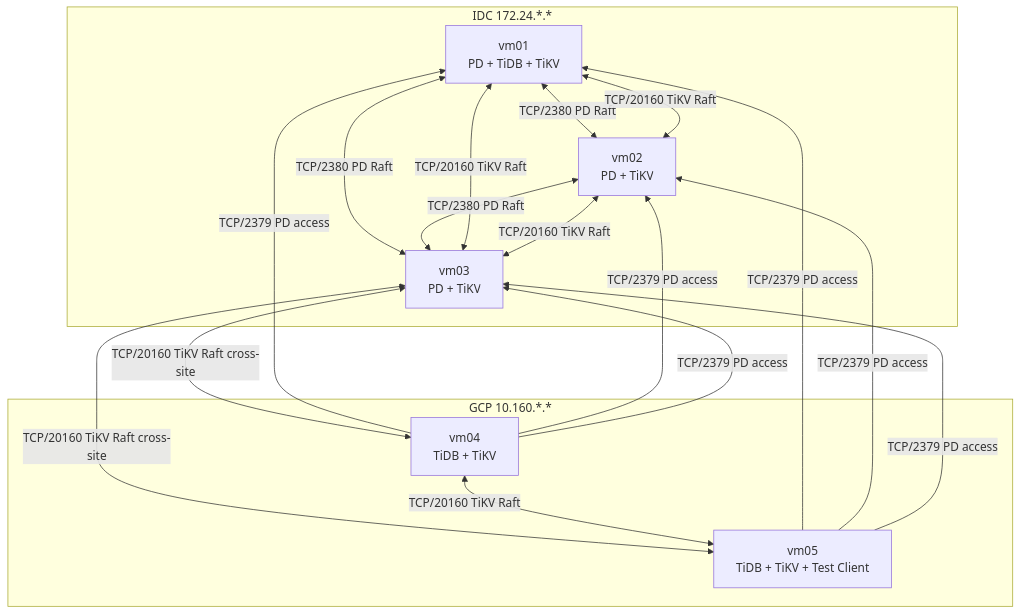
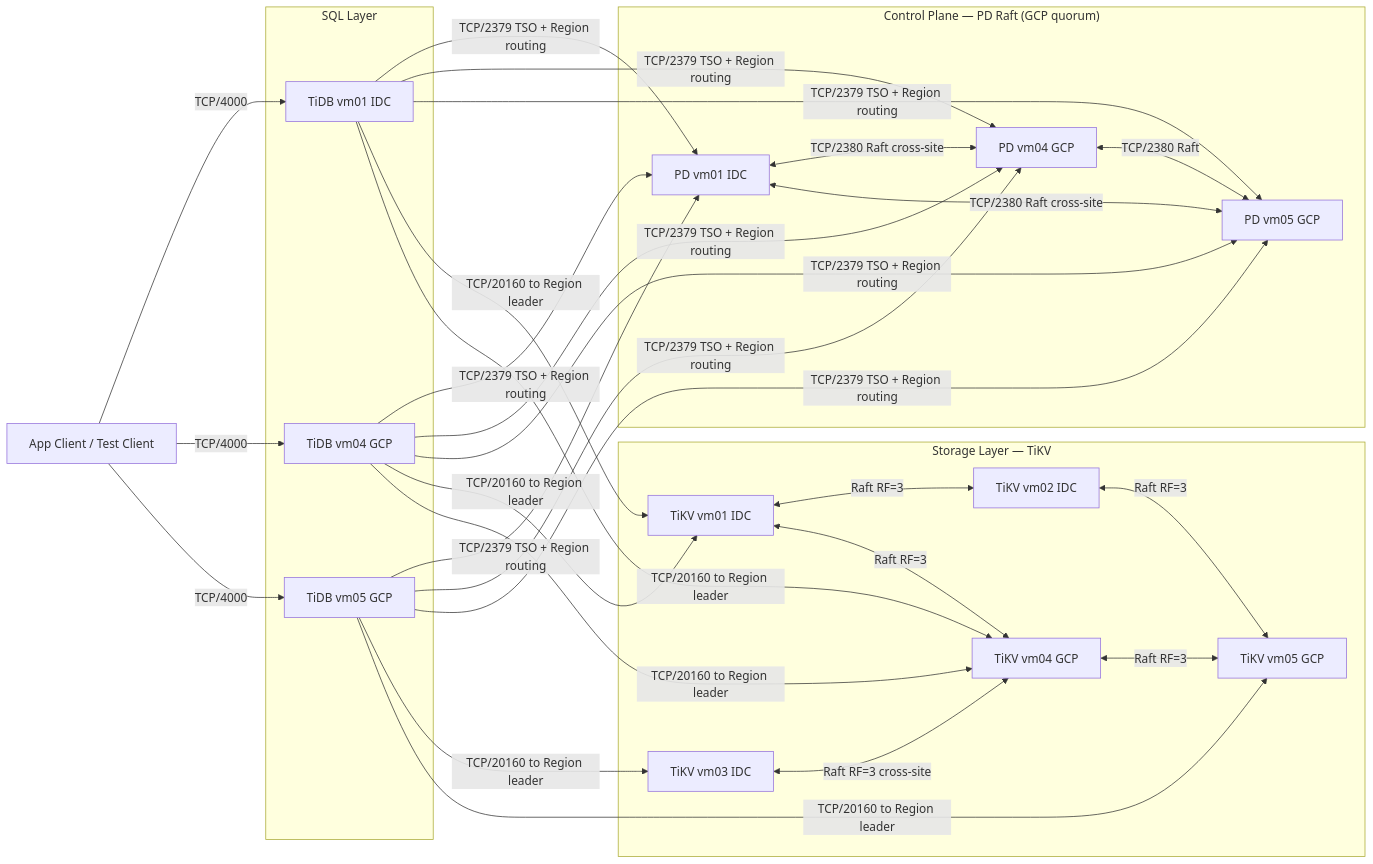
One commit to heavenruler/dba_career changed the fourth of 4 diagrams in poc/0_projectFor104/docs/architecture/tidb.md. Above: the diagram before and after it, drawn with Mermaid. The commit also changed other lines of this file and 3 other files, not shown here.

````diff
--- a/poc/0_projectFor104/docs/architecture/tidb.md
+++ b/poc/0_projectFor104/docs/architecture/tidb.md
@@ -68,31 +210,55 @@
 ```mermaid
-flowchart TB
-    subgraph IDC[IDC 172.24.*.*]
-        VM1[vm01\nPD + TiDB + TiKV]
-        VM2[vm02\nPD + TiKV]
-        VM3[vm03\nPD + TiKV]
+flowchart LR
+    C1[App Client / Test Client]
+
+    subgraph SQL[SQL Layer]
+        T1[TiDB vm01 IDC]
+        T4[TiDB vm04 GCP]
+        T5[TiDB vm05 GCP]
     end
 
-    subgraph GCP[GCP 10.160.*.*]
-        VM4[vm04\nTiDB + TiKV]
-        VM5[vm05\nTiDB + TiKV + Test Client]
+    subgraph PD["Control Plane — PD Raft (GCP quorum)"]
+        P1[PD vm01 IDC]
+        P4[PD vm04 GCP]
+        P5[PD vm05 GCP]
     end
 
-    VM1 <-->|TCP/2380 PD Raft| VM2
-    VM1 <-->|TCP/2380 PD Raft| VM3
-    VM2 <-->|TCP/2380 PD Raft| VM3
+    subgraph KV[Storage Layer — TiKV]
+        K1[TiKV vm01 IDC]
+        K2[TiKV vm02 IDC]
+        K3[TiKV vm03 IDC]
+        K4[TiKV vm04 GCP]
+        K5[TiKV vm05 GCP]
+    end
 
-    VM1 <-->|TCP/20160 TiKV Raft| VM2
-    VM1 <-->|TCP/20160 TiKV Raft| VM3
-    VM2 <-->|TCP/20160 TiKV Raft| VM3
-    VM3 <-->|TCP/20160 TiKV Raft cross-site| VM4
-    VM3 <-->|TCP/20160 TiKV Raft cross-site| VM5
-    VM4 <-->|TCP/20160 TiKV Raft| VM5
+    C1 -->|TCP/4000| T1
+    C1 -->|TCP/4000| T4
+    C1 -->|TCP/4000| T5
 
-    VM4 -->|TCP/2379 PD access| VM1
-    VM4 -->|TCP/2379 PD access| VM2
-    VM4 -->|TCP/2379 PD access| VM3
-    VM5 -->|TCP/2379 PD access| VM1
-    VM5 -->|TCP/2379 PD access| VM2
-    VM5 -->|TCP/2379 PD access| VM3
+    T1 -->|TCP/2379 TSO + Region routing| P1
+    T1 -->|TCP/2379 TSO + Region routing| P4
+    T1 -->|TCP/2379 TSO + Region routing| P5
+    T4 -->|TCP/2379 TSO + Region routing| P1
+    T4 -->|TCP/2379 TSO + Region routing| P4
+    T4 -->|TCP/2379 TSO + Region routing| P5
+    T5 -->|TCP/2379 TSO + Region routing| P1
+    T5 -->|TCP/2379 TSO + Region routing| P4
+    T5 -->|TCP/2379 TSO + Region routing| P5
+
+    T1 -->|TCP/20160 to Region leader| K1
+    T1 -->|TCP/20160 to Region leader| K4
+    T4 -->|TCP/20160 to Region leader| K1
+    T4 -->|TCP/20160 to Region leader| K4
+    T5 -->|TCP/20160 to Region leader| K3
+    T5 -->|TCP/20160 to Region leader| K5
+
+    K1 <-->|Raft RF=3| K2
+    K1 <-->|Raft RF=3| K4
+    K2 <-->|Raft RF=3| K5
+    K3 <-->|Raft RF=3 cross-site| K4
+    K4 <-->|Raft RF=3| K5
+
+    P1 <-->|TCP/2380 Raft cross-site| P4
+    P1 <-->|TCP/2380 Raft cross-site| P5
+    P4 <-->|TCP/2380 Raft| P5
 ```
````
